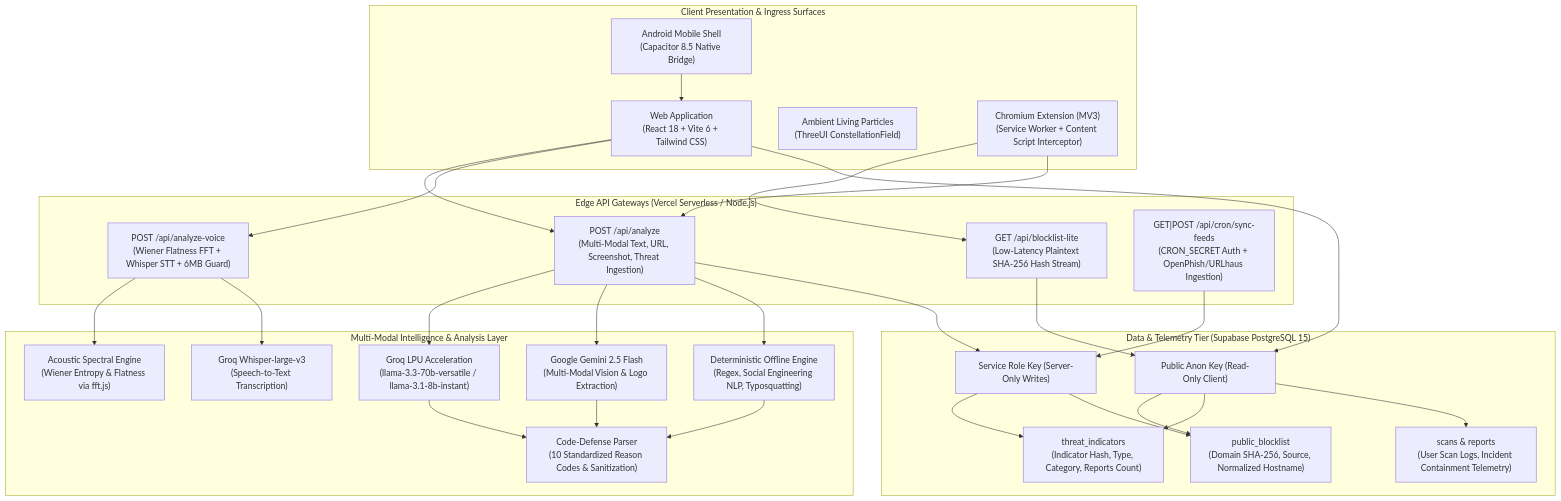
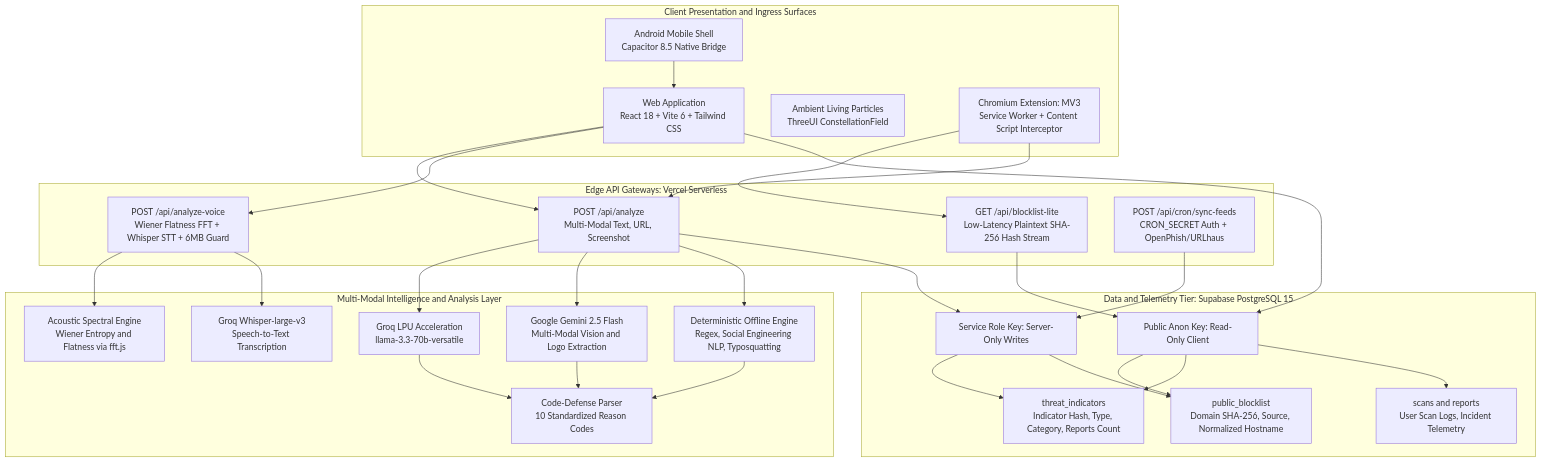
One commit to ImperialCoder01/GhostNet changed the first of 2 diagrams in docs/ARCHITECTURE.md. Above: the diagram before and after it, drawn with Mermaid. The commit also changed 4 other files, not shown here.

Commit message:
fix(docs): resolve GitHub Mermaid diagram parse errors across documentation

````diff
--- a/docs/ARCHITECTURE.md
+++ b/docs/ARCHITECTURE.md
@@ -7,59 +7,59 @@
 ```mermaid
 flowchart TB
-    subgraph ClientSurfaces["Client Presentation & Ingress Surfaces"]
-        Web["Web Application\n(React 18 + Vite 6 + Tailwind CSS)"]
-        Shaders["Ambient Living Particles\n(ThreeUI ConstellationField)"]
-        Mobile["Android Mobile Shell\n(Capacitor 8.5 Native Bridge)"]
-        Ext["Chromium Extension (MV3)\n(Service Worker + Content Script Interceptor)"]
+    subgraph ClientSurfaces["Client Presentation and Ingress Surfaces"]
+        Web["Web Application<br/>React 18 + Vite 6 + Tailwind CSS"]
+        Shaders["Ambient Living Particles<br/>ThreeUI ConstellationField"]
+        Mobile["Android Mobile Shell<br/>Capacitor 8.5 Native Bridge"]
+        Ext["Chromium Extension: MV3<br/>Service Worker + Content Script Interceptor"]
     end
 
-    subgraph EdgeGateways["Edge API Gateways (Vercel Serverless / Node.js)"]
-        AnalyzeGW["POST /api/analyze\n(Multi-Modal Text, URL, Screenshot, Threat Ingestion)"]
-        VoiceGW["POST /api/analyze-voice\n(Wiener Flatness FFT + Whisper STT + 6MB Guard)"]
-        BlocklistGW["GET /api/blocklist-lite\n(Low-Latency Plaintext SHA-256 Hash Stream)"]
-        CronGW["GET|POST /api/cron/sync-feeds\n(CRON_SECRET Auth + OpenPhish/URLhaus Ingestion)"]
+    subgraph EdgeGateways["Edge API Gateways: Vercel Serverless"]
+        AnalyzeGW["POST /api/analyze<br/>Multi-Modal Text, URL, Screenshot"]
+        VoiceGW["POST /api/analyze-voice<br/>Wiener Flatness FFT + Whisper STT + 6MB Guard"]
+        BlocklistGW["GET /api/blocklist-lite<br/>Low-Latency Plaintext SHA-256 Hash Stream"]
+        CronGW["POST /api/cron/sync-feeds<br/>CRON_SECRET Auth + OpenPhish/URLhaus"]
     end
 
-    subgraph IntelligenceLayer["Multi-Modal Intelligence & Analysis Layer"]
-        Groq["Groq LPU Acceleration\n(llama-3.3-70b-versatile / llama-3.1-8b-instant)"]
-        Gemini["Google Gemini 2.5 Flash\n(Multi-Modal Vision & Logo Extraction)"]
-        Whisper["Groq Whisper-large-v3\n(Speech-to-Text Transcription)"]
-        FFT["Acoustic Spectral Engine\n(Wiener Entropy & Flatness via fft.js)"]
-        ReasonCodes["Code-Defense Parser\n(10 Standardized Reason Codes & Sanitization)"]
-        Heuristics["Deterministic Offline Engine\n(Regex, Social Engineering NLP, Typosquatting)"]
+    subgraph IntelligenceLayer["Multi-Modal Intelligence and Analysis Layer"]
+        Groq["Groq LPU Acceleration<br/>llama-3.3-70b-versatile"]
+        Gemini["Google Gemini 2.5 Flash<br/>Multi-Modal Vision and Logo Extraction"]
+        Whisper["Groq Whisper-large-v3<br/>Speech-to-Text Transcription"]
+        FFT["Acoustic Spectral Engine<br/>Wiener Entropy and Flatness via fft.js"]
+        ReasonCodes["Code-Defense Parser<br/>10 Standardized Reason Codes"]
+        Heuristics["Deterministic Offline Engine<br/>Regex, Social Engineering NLP, Typosquatting"]
     end
 
-    subgraph PersistenceLayer["Data & Telemetry Tier (Supabase PostgreSQL 15)"]
-        AnonClient["Public Anon Key (Read-Only Client)"]
-        ServiceRoleClient["Service Role Key (Server-Only Writes)"]
-        ThreatIndicators["threat_indicators\n(Indicator Hash, Type, Category, Reports Count)"]
-        PublicBlocklist["public_blocklist\n(Domain SHA-256, Source, Normalized Hostname)"]
-        UserTelemetry["scans & reports\n(User Scan Logs, Incident Containment Telemetry)"]
+    subgraph PersistenceLayer["Data and Telemetry Tier: Supabase PostgreSQL 15"]
+        AnonClient["Public Anon Key: Read-Only Client"]
+        ServiceRoleClient["Service Role Key: Server-Only Writes"]
+        ThreatIndicators["threat_indicators<br/>Indicator Hash, Type, Category, Reports Count"]
+        PublicBlocklist["public_blocklist<br/>Domain SHA-256, Source, Normalized Hostname"]
+        UserTelemetry["scans and reports<br/>User Scan Logs, Incident Telemetry"]
     end
 
     Web --> AnalyzeGW
     Web --> VoiceGW
     Mobile --> Web
     Ext --> BlocklistGW
     Ext --> AnalyzeGW
 
     AnalyzeGW --> Groq
     AnalyzeGW --> Gemini
     AnalyzeGW --> Heuristics
     VoiceGW --> FFT
     VoiceGW --> Whisper
     Groq --> ReasonCodes
     Gemini --> ReasonCodes
     Heuristics --> ReasonCodes
 
     AnalyzeGW --> ServiceRoleClient
     CronGW --> ServiceRoleClient
     BlocklistGW --> AnonClient
     Web --> AnonClient
 
     AnonClient --> PublicBlocklist
     AnonClient --> ThreatIndicators
     ServiceRoleClient --> ThreatIndicators
     ServiceRoleClient --> PublicBlocklist
     AnonClient --> UserTelemetry
 ```
````
